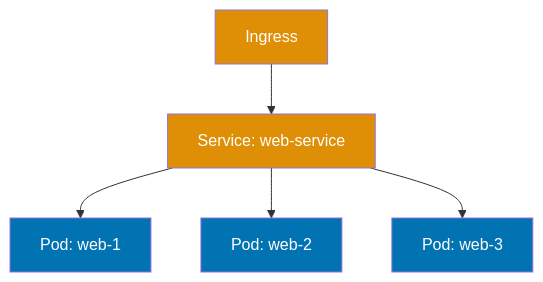
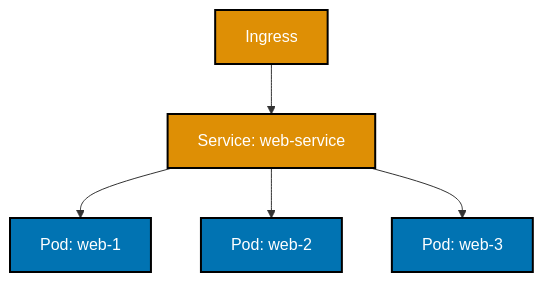
One commit to wahidyankf/open-sharia-enterprise changed the diagram in apps/ayokoding-web/content/en/learn/software-engineering/infrastructure/tools/kubernetes/by-example/overview.md. Above: the diagram before and after it, drawn with Mermaid. The commit also changed 25 other files, not shown here.

````diff
--- a/apps/ayokoding-web/content/en/learn/software-engineering/infrastructure/tools/kubernetes/by-example/overview.md
+++ b/apps/ayokoding-web/content/en/learn/software-engineering/infrastructure/tools/kubernetes/by-example/overview.md
@@ -411,14 +411,14 @@
 ```mermaid
 %% Diagram showing Ingress to Service to Pod traffic flow
 graph TD
     A[Ingress] --> B[Service: web-service]
     B --> C[Pod: web-1]
     B --> D[Pod: web-2]
     B --> E[Pod: web-3]
 
-    style A fill:#DE8F05,color:#fff
-    style B fill:#DE8F05,color:#fff
-    style C fill:#0173B2,color:#fff
-    style D fill:#0173B2,color:#fff
-    style E fill:#0173B2,color:#fff
+    style A fill:#DE8F05,stroke:#000000,stroke-width:2px,color:#fff
+    style B fill:#DE8F05,stroke:#000000,stroke-width:2px,color:#fff
+    style C fill:#0173B2,stroke:#000000,stroke-width:2px,color:#fff
+    style D fill:#0173B2,stroke:#000000,stroke-width:2px,color:#fff
+    style E fill:#0173B2,stroke:#000000,stroke-width:2px,color:#fff
 ```
````
